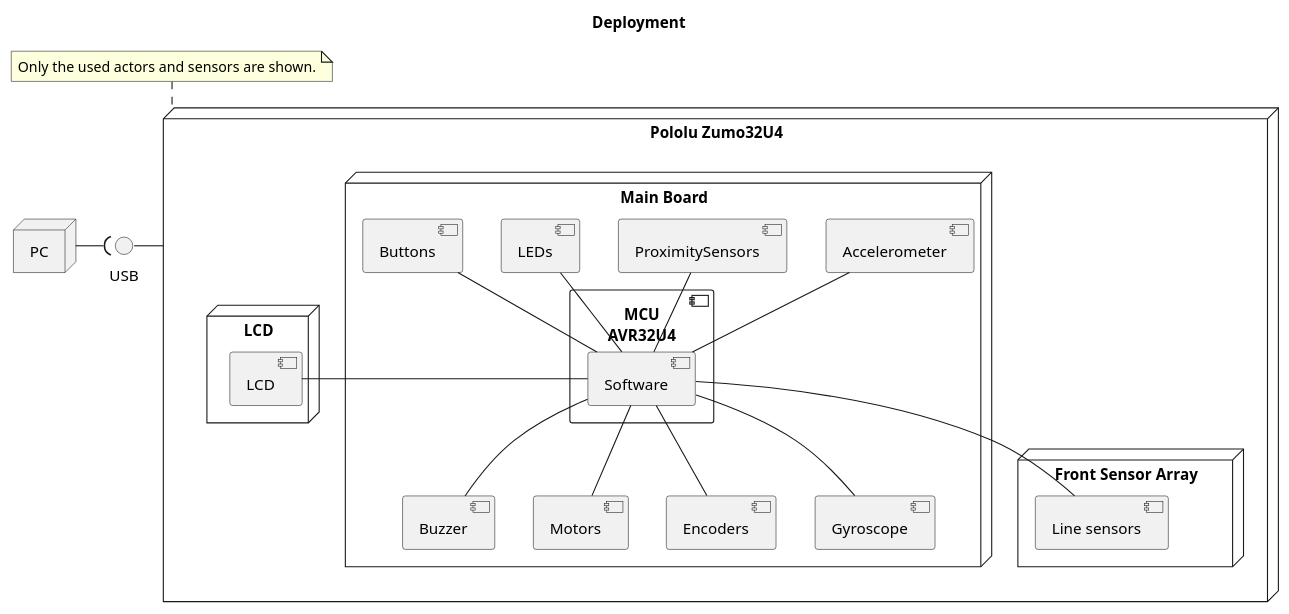
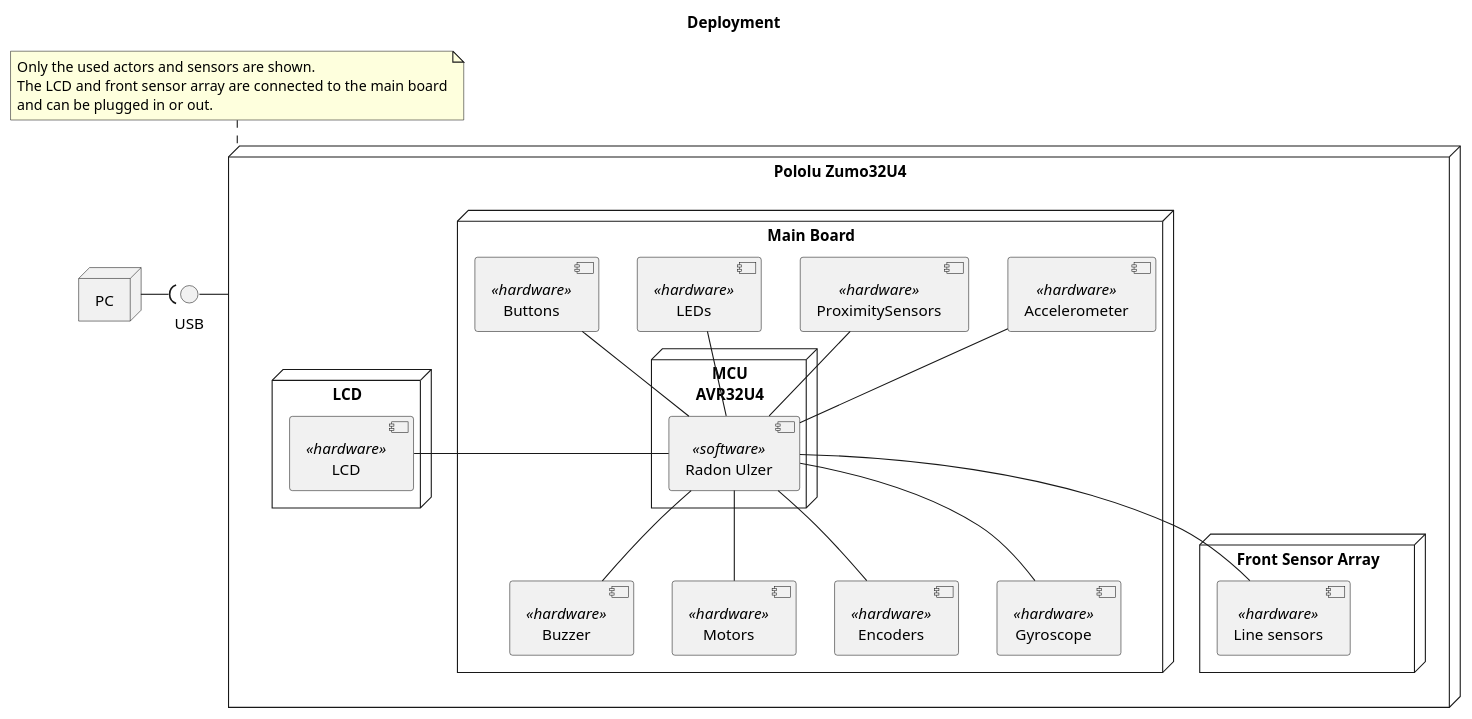
One commit to BlueAndi/RadonUlzer changed the diagram in doc/architecture/uml/PhysicalView/Deployment.plantuml. Above: the diagram before and after it, drawn with PlantUML. The commit also changed 6 other files, not shown here.

Commit message:
Architecture especially for remote control application updated.

```diff
--- a/doc/architecture/uml/PhysicalView/Deployment.plantuml
+++ b/doc/architecture/uml/PhysicalView/Deployment.plantuml
@@ -1,56 +1,57 @@
-@startuml
+@startuml Deployment
 
 title Deployment
 
 node "PC" as pc
 
 node "Pololu Zumo32U4" as zumo32u4 {
 
     node "Main Board" as mainBoard {
 
-        component "MCU\nAVR32U4" as mcu {
-            component "Software" as software
+        node "MCU\nAVR32U4" as mcu {
+            component "Radon Ulzer" as software <<software>>
         }
 
-        component "Buttons" as buttons
-        
-        component "Buzzer" as buzzer
-        component "Motors" as motors
-        component "Encoders" as encoders
-        component "LEDs" as leds
-        component "ProximitySensors" as proximitySensors
-        component "Accelerometer" as accelerometer
-        component "Gyroscope" as gyroscope 
+        component "Buttons" as buttons <<hardware>>
+        component "Buzzer" as buzzer <<hardware>>
+        component "Motors" as motors <<hardware>>
+        component "Encoders" as encoders <<hardware>>
+        component "LEDs" as leds <<hardware>>
+        component "ProximitySensors" as proximitySensors <<hardware>>
+        component "Accelerometer" as accelerometer <<hardware>>
+        component "Gyroscope" as gyroscope <<hardware>>
 
         software -u- buttons
         software -u- leds
         software -u- proximitySensors
         software -u- accelerometer
         software -- buzzer
         software -- motors
         software -- encoders
         software -- gyroscope
     }
 
     node "Front Sensor Array" {
-        component "Line sensors" as lineSensors
+        component "Line sensors" as lineSensors <<hardware>>
     }
 
     node "LCD" {
-        component "LCD" as lcd
+        component "LCD" as lcd <<hardware>>
     }
 
     software - lcd
     software -- lineSensors    
 }
 
 interface "USB" as usb
 
 zumo32u4 -l- usb
 usb )-l- pc
 
 note top of zumo32u4
     Only the used actors and sensors are shown.
+    The LCD and front sensor array are connected to the main board
+    and can be plugged in or out.
 end note
 
 @enduml
```
